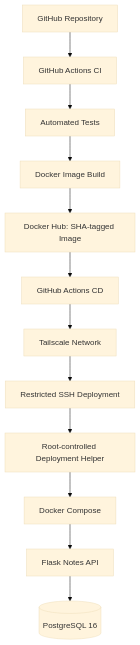
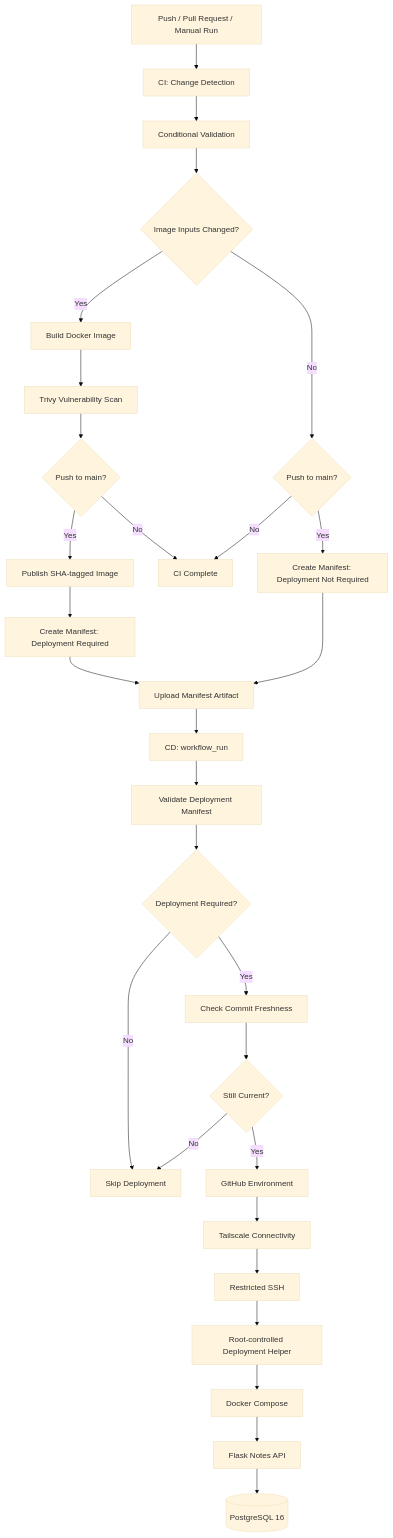
One commit to SufiyanKhanCloud/homelab-devops-labs changed the diagram in labs/05-docker-compose/README.md. Above: the diagram before and after it, drawn with Mermaid (base theme). The commit also changed other lines of this file, not shown here.

Commit message:
Revise README for CI/CD workflow and health checks

````diff
--- a/labs/05-docker-compose/README.md
+++ b/labs/05-docker-compose/README.md
@@ -11,14 +11,38 @@
 ```mermaid
 flowchart TD
-    A[GitHub Repository] --> B[GitHub Actions CI]
-    B --> C[Automated Tests]
-    C --> D[Docker Image Build]
-    D --> E[Docker Hub: SHA-tagged Image]
-    E --> F[GitHub Actions CD]
-    F --> G[Tailscale Network]
-    G --> H[Restricted SSH Deployment]
-    H --> I[Root-controlled Deployment Helper]
-    I --> J[Docker Compose]
-    J --> K[Flask Notes API]
-    K --> L[(PostgreSQL 16)]
+    A["Push / Pull Request / Manual Run"] --> B["CI: Change Detection"]
+    B --> C["Conditional Validation"]
+
+    C --> D{"Image Inputs Changed?"}
+
+    D -->|Yes| E["Build Docker Image"]
+    E --> F["Trivy Vulnerability Scan"]
+    F --> G{"Push to main?"}
+    G -->|Yes| H["Publish SHA-tagged Image"]
+    G -->|No| I["CI Complete"]
+
+    D -->|No| J{"Push to main?"}
+    J -->|No| I
+    J -->|Yes| K["Create Manifest: Deployment Not Required"]
+
+    H --> L["Create Manifest: Deployment Required"]
+    K --> M["Upload Manifest Artifact"]
+    L --> M
+
+    M --> N["CD: workflow_run"]
+    N --> O["Validate Deployment Manifest"]
+    O --> P{"Deployment Required?"}
+
+    P -->|No| Q["Skip Deployment"]
+    P -->|Yes| R["Check Commit Freshness"]
+    R --> S{"Still Current?"}
+
+    S -->|No| Q
+    S -->|Yes| T["GitHub Environment"]
+    T --> U["Tailscale Connectivity"]
+    U --> V["Restricted SSH"]
+    V --> W["Root-controlled Deployment Helper"]
+    W --> X["Docker Compose"]
+    X --> Y["Flask Notes API"]
+    Y --> Z[("PostgreSQL 16")]
 ```
````
